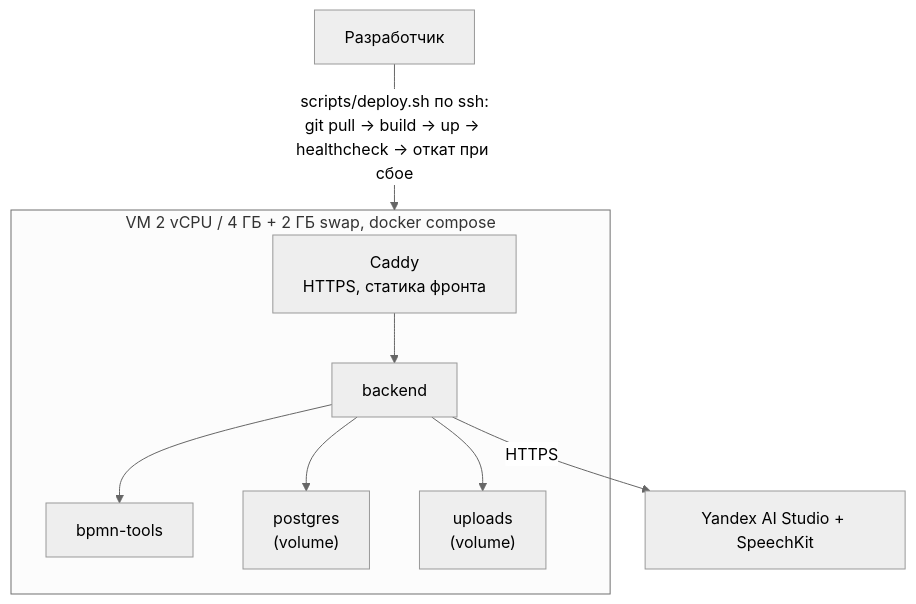
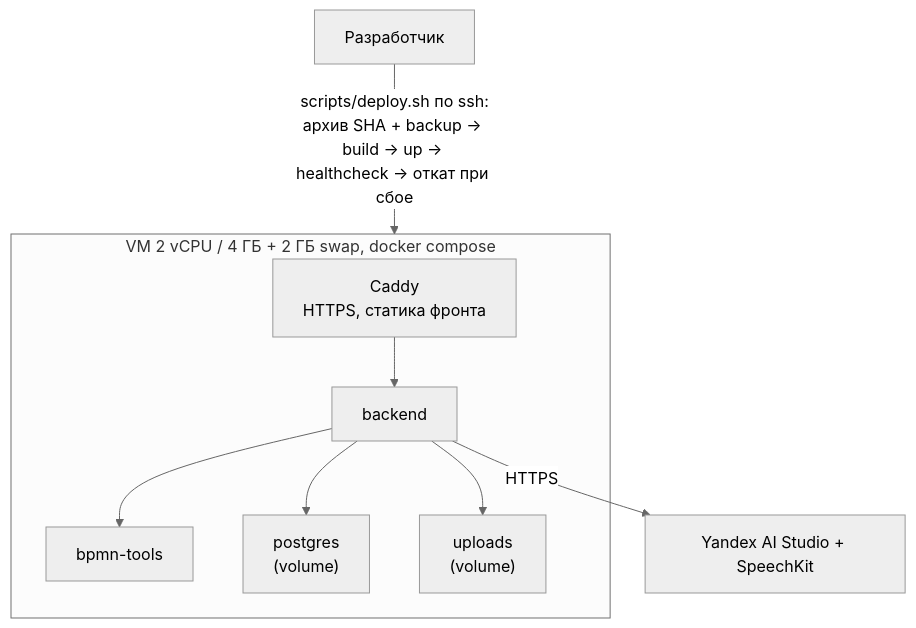
Before and after one commit to MattoYuzuru/BPMN.Space: the fourth of 8 diagrams in docs/rfc/0001-architecture.md, drawn with Mermaid (neutral theme). The commit also changed other lines of this file and 4 other files, not shown here.

````diff
--- a/docs/rfc/0001-architecture.md
+++ b/docs/rfc/0001-architecture.md
@@ -180,11 +180,11 @@
 ```mermaid
 flowchart TB
     subgraph VM["VM 2 vCPU / 4 ГБ + 2 ГБ swap, docker compose"]
         C["Caddy<br/>HTTPS, статика фронта"] --> BE2["backend"]
         BE2 --> BT2["bpmn-tools"]
         BE2 --> PG["postgres<br/>(volume)"]
         BE2 --> UP["uploads<br/>(volume)"]
     end
-    Dev["Разработчик"] -->|"scripts/deploy.sh по ssh:<br/>git pull → build → up → healthcheck → откат при сбое"| VM
+    Dev["Разработчик"] -->|"scripts/deploy.sh по ssh:<br/>архив SHA + backup → build → up → healthcheck → откат при сбое"| VM
     BE2 -->|"HTTPS"| YA["Yandex AI Studio + SpeechKit"]
 ```
````
